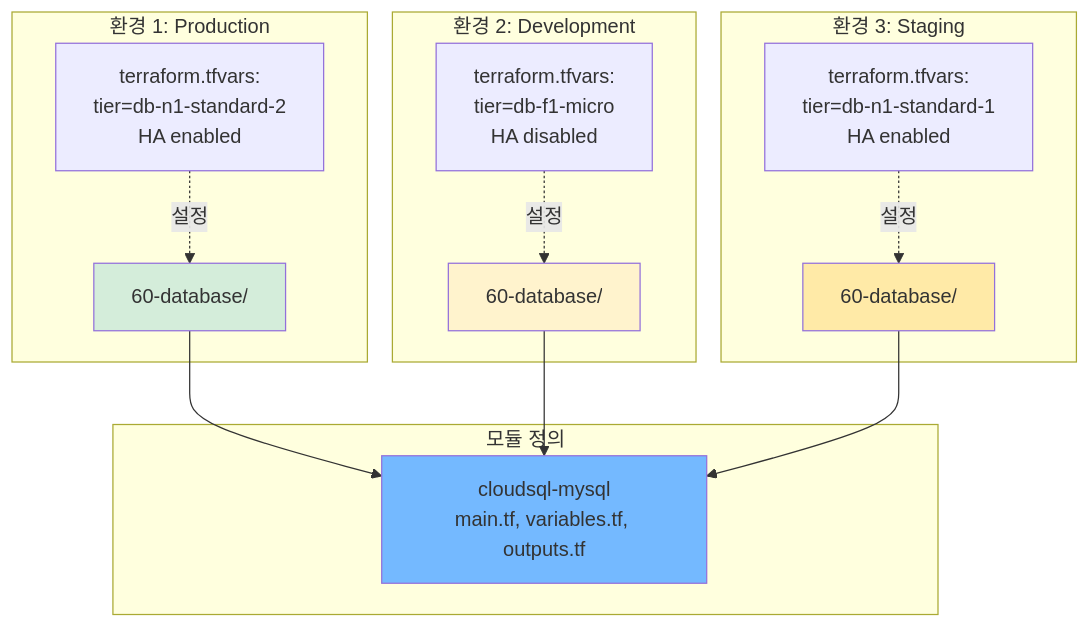
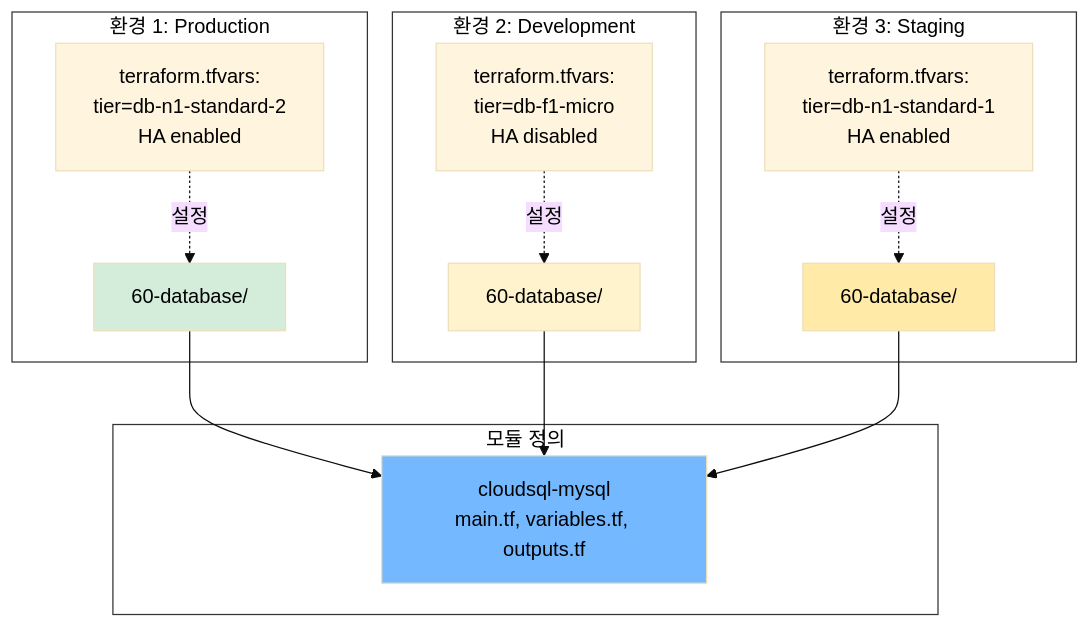
The eighth of 9 diagrams in terraform_gcp_infra/docs/architecture/diagrams.md (JSJ2337/GCP_terraform_code), drawn with Mermaid before and after one commit. The commit also changed other lines of this file and 5 other files, not shown here.

First line of the commit message:
style: Mermaid 다이어그램 제목 가독성 개선

````diff
--- a/terraform_gcp_infra/docs/architecture/diagrams.md
+++ b/terraform_gcp_infra/docs/architecture/diagrams.md
@@ -484,32 +512,37 @@
 ```mermaid
+%%{init: {'theme': 'base', 'themeVariables': { 'primaryTextColor': '#000000', 'clusterBkg': '#ffffff', 'clusterBorder': '#333333' }}}%%
 graph TB
     subgraph MODULE_DEF["모듈 정의"]
         MODULE[cloudsql-mysql<br/>main.tf, variables.tf, outputs.tf]
     end
 
     subgraph PROD["환경 1: Production"]
         P_LAYER[60-database/]
         P_VARS["terraform.tfvars:<br/>tier=db-n1-standard-2<br/>HA enabled"]
         P_LAYER --> MODULE
         P_VARS -.설정.-> P_LAYER
     end
 
     subgraph DEV["환경 2: Development"]
         D_LAYER[60-database/]
         D_VARS["terraform.tfvars:<br/>tier=db-f1-micro<br/>HA disabled"]
         D_LAYER --> MODULE
         D_VARS -.설정.-> D_LAYER
     end
 
     subgraph STAGE["환경 3: Staging"]
         S_LAYER[60-database/]
         S_VARS["terraform.tfvars:<br/>tier=db-n1-standard-1<br/>HA enabled"]
         S_LAYER --> MODULE
         S_VARS -.설정.-> S_LAYER
     end
 
+    style MODULE_DEF fill:#ffffff,color:#000000
+    style PROD fill:#ffffff,color:#000000
+    style DEV fill:#ffffff,color:#000000
+    style STAGE fill:#ffffff,color:#000000
     style MODULE fill:#74b9ff
     style P_LAYER fill:#d4edda
     style D_LAYER fill:#fff3cd
     style S_LAYER fill:#ffeaa7
 ```
````
